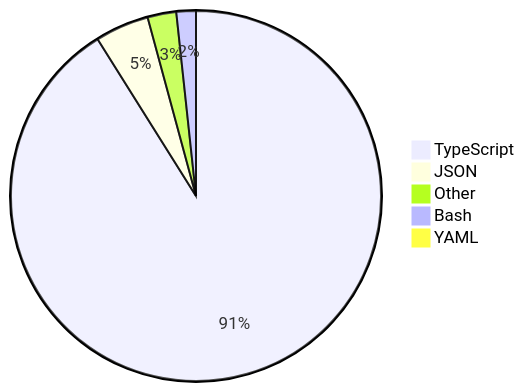
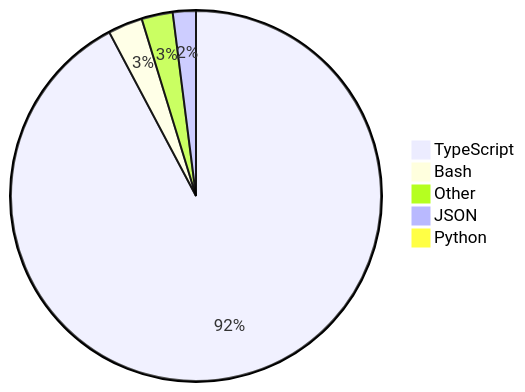
One commit to skvggor/skvggor changed the diagram in README.md. Above: the diagram before and after it, drawn with Mermaid.

Commit message:
Updated waka-readme graph with new metrics

````diff
--- a/README.md
+++ b/README.md
@@ -28,8 +28,8 @@
 ```mermaid
 pie
-    "TypeScript" : 90.9
-    "JSON" : 4.7
-    "Other" : 2.5
-    "Bash" : 1.7
-    "YAML" : 0.2
+    "TypeScript" : 91.6
+    "Bash" : 3.0
+    "Other" : 2.7
+    "JSON" : 2.0
+    "Python" : 0.5
 ```
````
